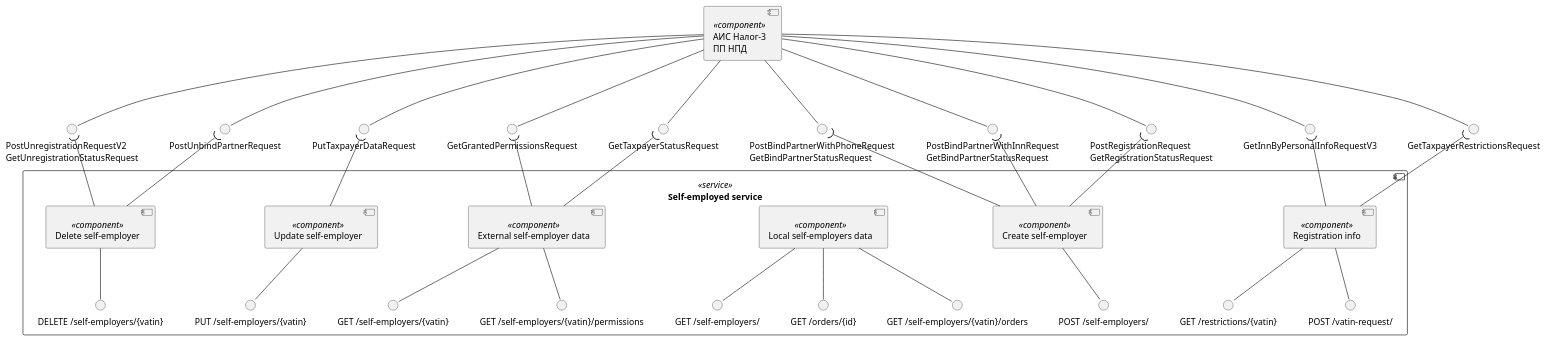
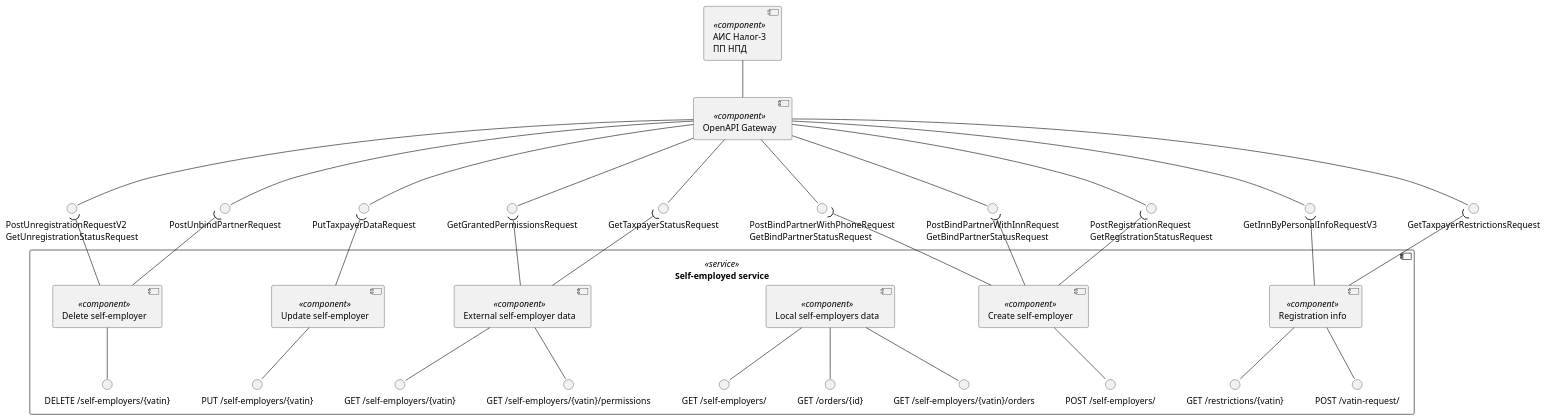
Before and after one commit to RaikBitters/ibank-internal-services: the first of 6 diagrams in diagrams/self-employed-service/components.puml, drawn with PlantUML. The commit also changed other lines of this file and 6 other files, not shown here.

Commit message:
Updated self-empl components diagram.

```diff
--- a/diagrams/self-employed-service/components.puml
+++ b/diagrams/self-employed-service/components.puml
@@ -1,81 +1,83 @@
 @startuml self-employer-components
 
 component "АИС Налог-3\nПП НПД" as Tax3 <<component>>
+component "OpenAPI Gateway" as OpenAPI <<component>>
 interface "GetTaxpayerRestrictionsRequest" as getTaxpayerRestrictions
 interface "PostRegistrationRequest\nGetRegistrationStatusRequest" as postTaxpayerRegistration
 interface "GetTaxpayerStatusRequest" as getTaxpayerStatus
 interface "PutTaxpayerDataRequest" as putTaxpayerData
 interface "GetGrantedPermissionsRequest" as getGrantedPermission
 interface "GetInnByPersonalInfoRequestV3" as getInnByPersonalInfo
 interface "PostBindPartnerWithInnRequest\nGetBindPartnerStatusRequest" as postPartnerBindInn
 interface "PostBindPartnerWithPhoneRequest\nGetBindPartnerStatusRequest" as postPartnerBindPhone
 interface "PostUnbindPartnerRequest" as postPartnerUnbind
 interface "PostUnregistrationRequestV2\nGetUnregistrationStatusRequest" as postTaxpayerUnregistration
 
-Tax3 --() getTaxpayerRestrictions
-Tax3 --() postTaxpayerRegistration
-Tax3 --() getTaxpayerStatus
-Tax3 --() putTaxpayerData
-Tax3 --() postPartnerBindInn
-Tax3 --() postPartnerBindPhone
-Tax3 --() postTaxpayerUnregistration
-Tax3 --() postPartnerUnbind
-Tax3 --() getGrantedPermission
-Tax3 --() getInnByPersonalInfo
+Tax3 -- OpenAPI
+OpenAPI --() getTaxpayerRestrictions
+OpenAPI --() postTaxpayerRegistration
+OpenAPI --() getTaxpayerStatus
+OpenAPI --() putTaxpayerData
+OpenAPI --() postPartnerBindInn
+OpenAPI --() postPartnerBindPhone
+OpenAPI --() postTaxpayerUnregistration
+OpenAPI --() postPartnerUnbind
+OpenAPI --() getGrantedPermission
+OpenAPI --() getInnByPersonalInfo
 
 component "Self-employed service" as SelfEmplService <<service>> {
 
 component "Registration info" as RegInfo <<component>>
 interface "GET /restrictions/{vatin}" as getRestrictions
 interface "POST /vatin-request/" as postVatinRequest
 
 RegInfo -up-( getTaxpayerRestrictions
 RegInfo -up-( getInnByPersonalInfo
 
 RegInfo --() getRestrictions
 RegInfo --() postVatinRequest
 
 component "Create self-employer" as CreateSelfEmpl <<component>>
 interface "POST /self-employers/" as postSelfEmpls
 
 CreateSelfEmpl --() postSelfEmpls
 
 CreateSelfEmpl -up-( postTaxpayerRegistration
 CreateSelfEmpl -up-( postPartnerBindInn
 CreateSelfEmpl -up-( postPartnerBindPhone
 
 component "Local self-employers data" as Local <<component>>
 interface "GET /self-employers/" as getSelfEmpls
 interface "GET /self-employers/{vatin}" as getSelfEmplsId
 interface "GET /orders/{id}" as getOrdersId
 interface "GET /self-employers/{vatin}/orders" as getSelfEmplsIdOrders
 interface "GET /self-employers/{vatin}/permissions" as getSelfEmplsIdPermission
 
 Local --() getSelfEmpls
 Local --() getOrdersId
 Local --() getSelfEmplsIdOrders
 
 
 component "External self-employer data" as External <<component>>
 External --() getSelfEmplsId
 External --() getSelfEmplsIdPermission
 
 External -up-( getTaxpayerStatus
 External -up-( getGrantedPermission
 
 Component "Update self-employer" as Update <<component>>
 interface "PUT /self-employers/{vatin}" as putSelfEmplsId
 Update --() putSelfEmplsId
 Update -up-( putTaxpayerData
 
 
 Component "Delete self-employer" as Delete <<component>>
 interface "DELETE /self-employers/{vatin}" as delSelfEmplsId
 
 Delete --() delSelfEmplsId
 Delete -up-( postPartnerUnbind
 Delete -up-( postTaxpayerUnregistration
 
 }
 
 @enduml
```
